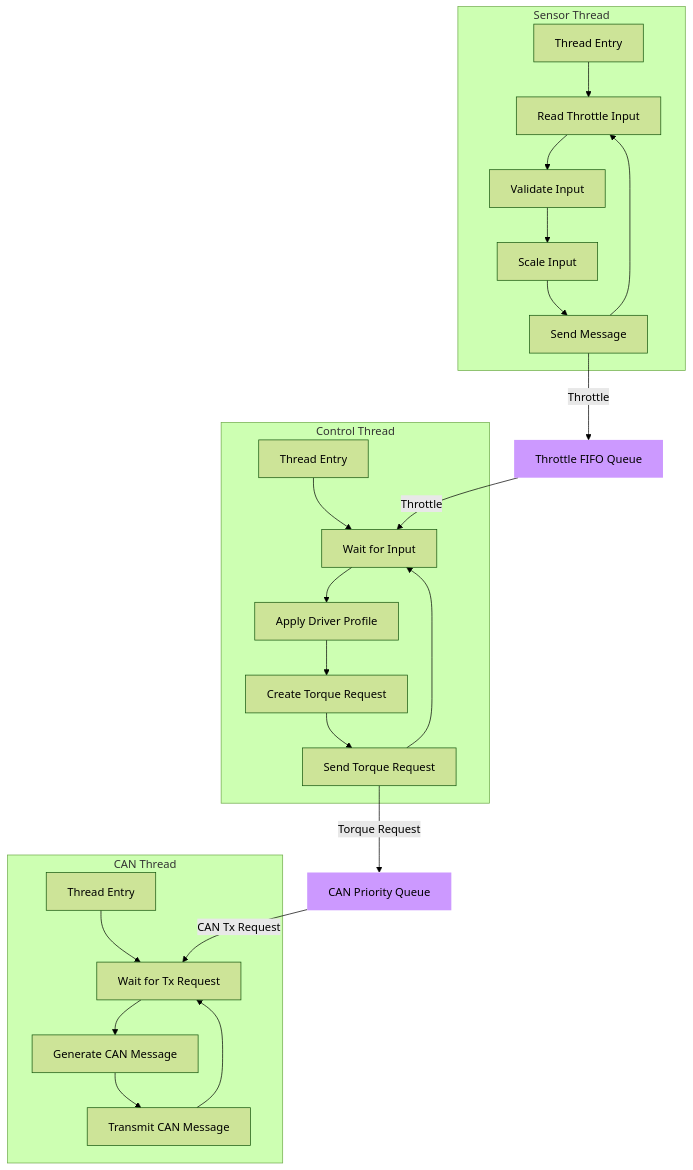
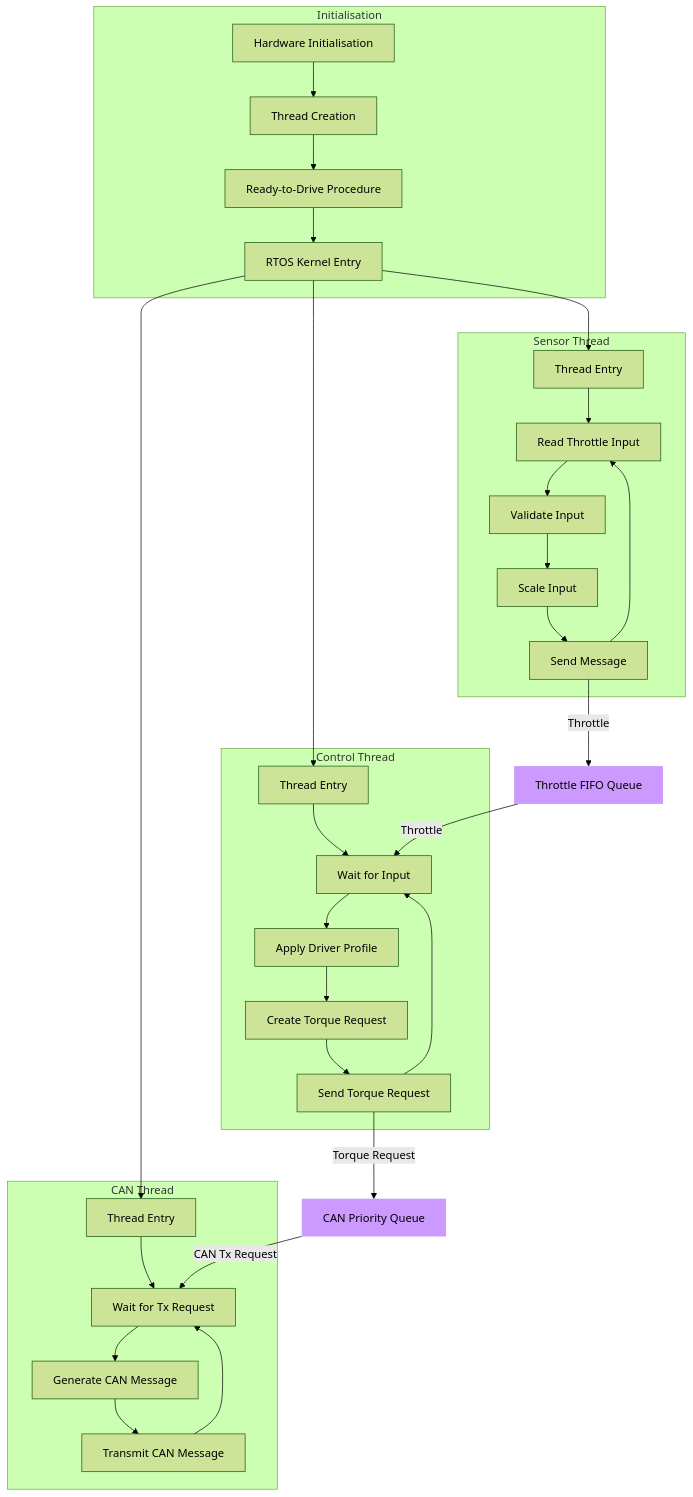
Before and after one commit to sufst/vcu: the diagram in README.md, drawn with Mermaid (forest theme). The commit also changed other lines of this file, not shown here.

````diff
--- a/README.md
+++ b/README.md
@@ -5,40 +6,50 @@
 ```mermaid
 graph TB
 
     classDef QueueClass fill:#cc99ff,stroke-width:0px;
-       
+    
+    subgraph Initialisation
+        IH[Hardware Initialisation]
+        IT[Thread Creation]
+        IR[Ready-to-Drive Procedure]
+        IK[RTOS Kernel Entry]
+        IH --> IT --> IR --> IK
+    end
+    
+    IK --> SE & CE & BE
+
     subgraph Sensor Thread
         SE[Thread Entry]--> SR
         SR[Read Throttle Input]
         SV[Validate Input]
         SS[Scale Input]
         SM[Send Message]
         SR --> SV --> SS --> SM --> SR
     end
-    
+
     subgraph Control Thread
         CE[Thread Entry]
         CW[Wait for Input]
         CD[Apply Driver Profile]
         CT[Create Torque Request]
         CM[Send Torque Request]
         CE --> CW --> CD --> CT --> CM --> CW
     end
-    
+
     subgraph CAN Thread
         BE[Thread Entry]
         BW[Wait for Tx Request]
         BG[Generate CAN Message]
         BT[Transmit CAN Message]
         BE --> BW --> BG --> BT --> BW
     end
-  
+
     SM -- Throttle --> QT
     QT -- Throttle --> CW
     CM -- Torque Request --> QC
     QC -- CAN Tx Request --> BW
 
     QC[CAN Priority Queue]:::QueueClass
     QT[Throttle FIFO Queue]:::QueueClass
     
 ```
````
